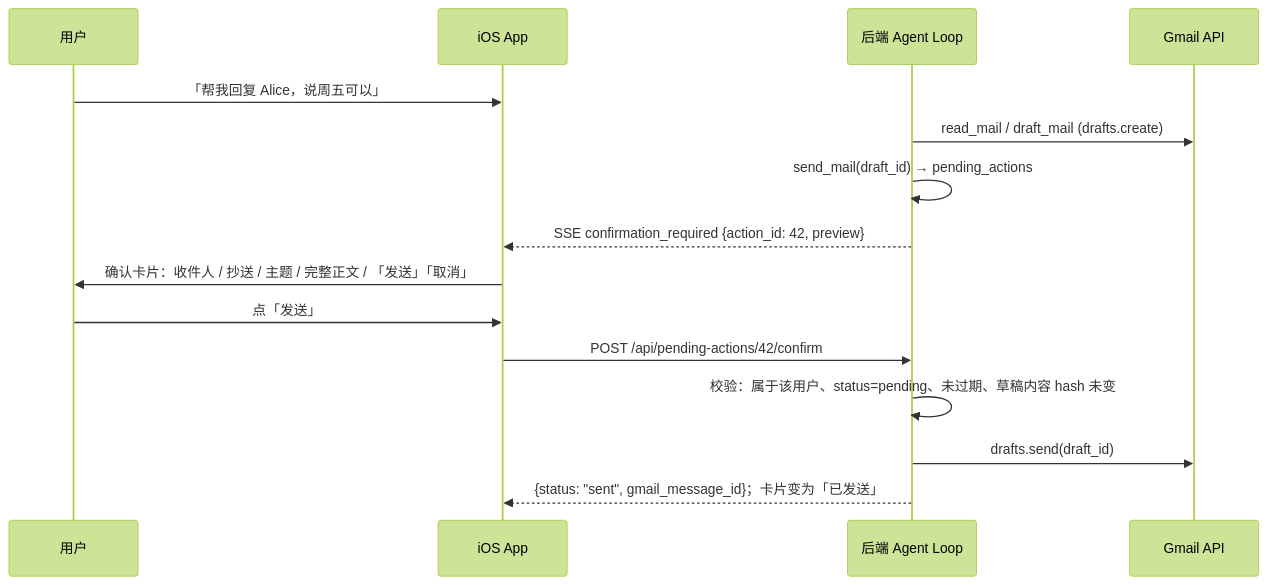
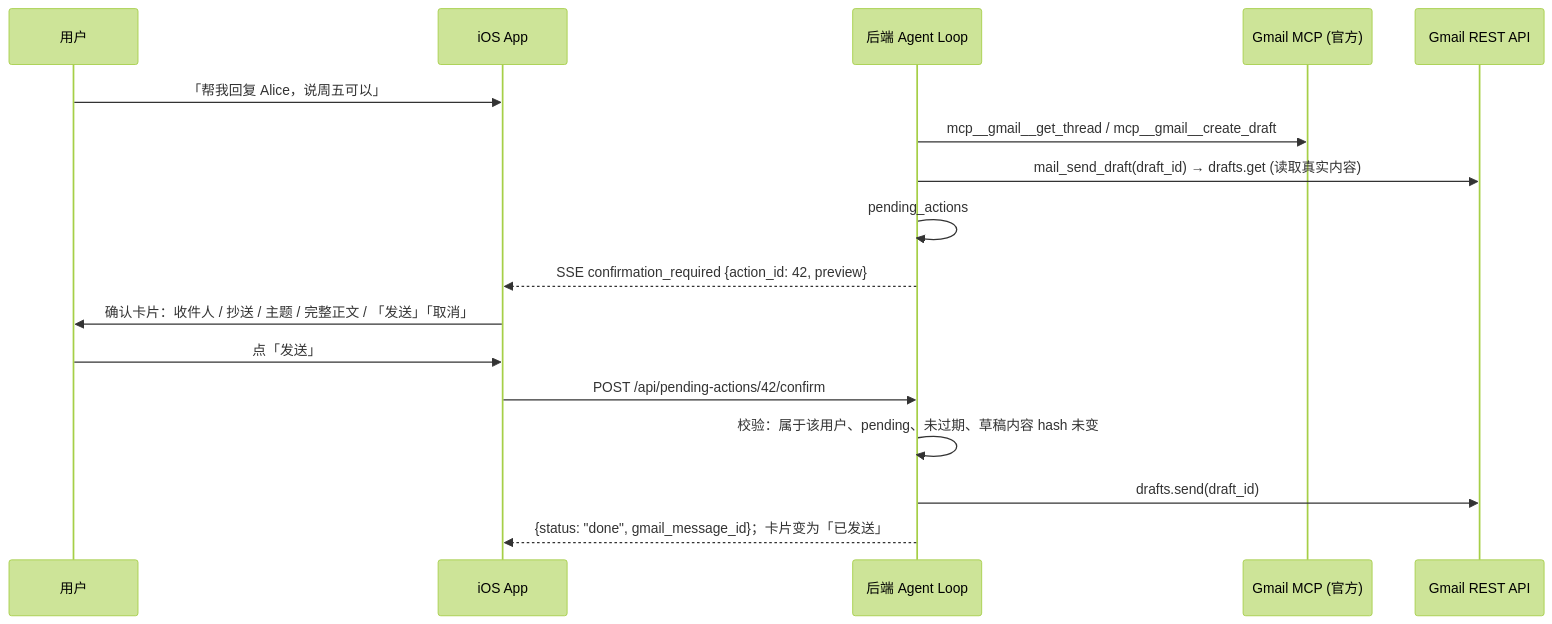
Before and after one commit to luisporschewind-ai/VeraBot: the second of 2 diagrams in docs/design/GMAIL_CAPABILITY.md, drawn with Mermaid (forest theme). The commit also changed other lines of this file and 4 other files, not shown here.

Commit message:
docs: add MCP capability design; route Gmail via MCP

````diff
--- a/docs/design/GMAIL_CAPABILITY.md
+++ b/docs/design/GMAIL_CAPABILITY.md
@@ -253,17 +205,19 @@
 ```mermaid
 sequenceDiagram
     participant U as 用户
     participant A as iOS App
     participant B as 后端 Agent Loop
-    participant G as Gmail API
+    participant M as Gmail MCP (官方)
+    participant G as Gmail REST API
     U->>A: 「帮我回复 Alice，说周五可以」
-    B->>G: read_mail / draft_mail (drafts.create)
-    B->>B: send_mail(draft_id) → pending_actions#42 (pending, 15 分钟过期)
+    B->>M: mcp__gmail__get_thread / mcp__gmail__create_draft
+    B->>G: mail_send_draft(draft_id) → drafts.get (读取真实内容)
+    B->>B: pending_actions#42 (send_mail, 内容 hash, 15 分钟过期)
     B-->>A: SSE confirmation_required {action_id: 42, preview}
     A->>U: 确认卡片：收件人 / 抄送 / 主题 / 完整正文 / 「发送」「取消」
     U->>A: 点「发送」
     A->>B: POST /api/pending-actions/42/confirm
-    B->>B: 校验：属于该用户、status=pending、未过期、草稿内容 hash 未变
+    B->>B: 校验：属于该用户、pending、未过期、草稿内容 hash 未变
     B->>G: drafts.send(draft_id)
-    B-->>A: {status: "sent", gmail_message_id}；卡片变为「已发送」
+    B-->>A: {status: "done", gmail_message_id}；卡片变为「已发送」
 ```
````
